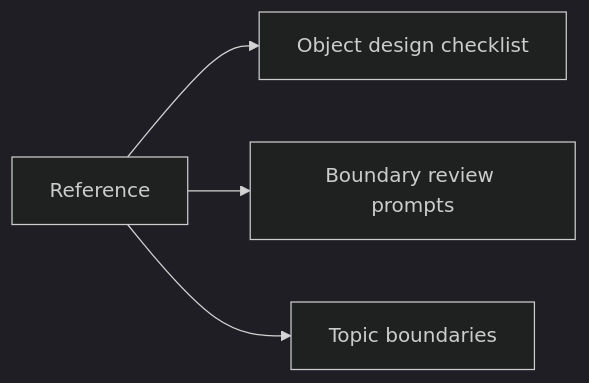
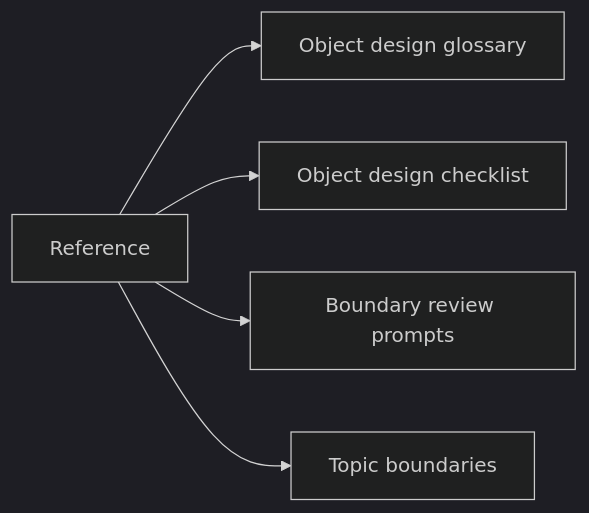
Before and after one commit to bijux/bijux-masterclass: the first of 2 diagrams in programs/python-programming/python-object-oriented-programming/course-book/reference/index.md, drawn with Mermaid (dark theme). The commit also changed other lines of this file and 2 other files, not shown here.

Commit message:
docs(oop): add object design glossary

````diff
--- a/programs/python-programming/python-object-oriented-programming/course-book/reference/index.md
+++ b/programs/python-programming/python-object-oriented-programming/course-book/reference/index.md
@@ -7,11 +7,13 @@
 ```mermaid
 graph LR
   reference["Reference"]
+  glossary["Object design glossary"]
   design["Object design checklist"]
   boundary["Boundary review prompts"]
   topics["Topic boundaries"]
 
+  reference --> glossary
   reference --> design
   reference --> boundary
   reference --> topics
 ```
````
